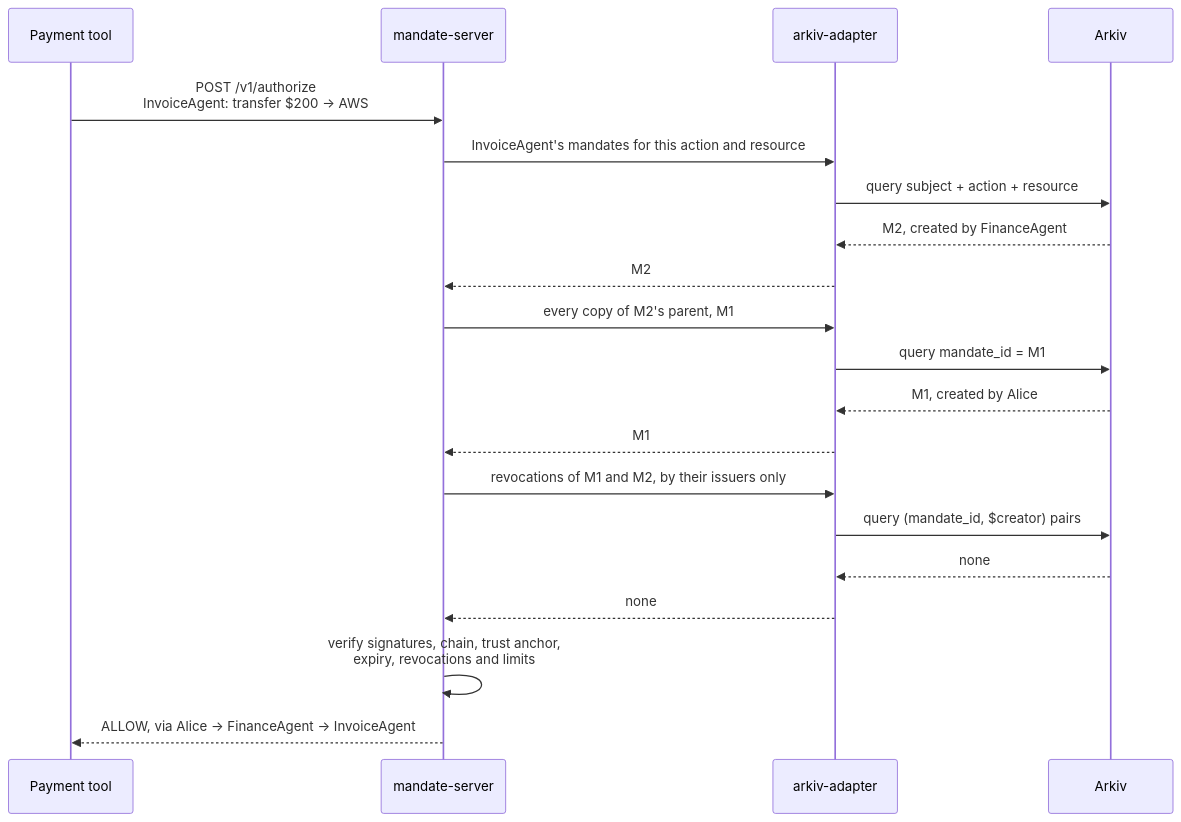
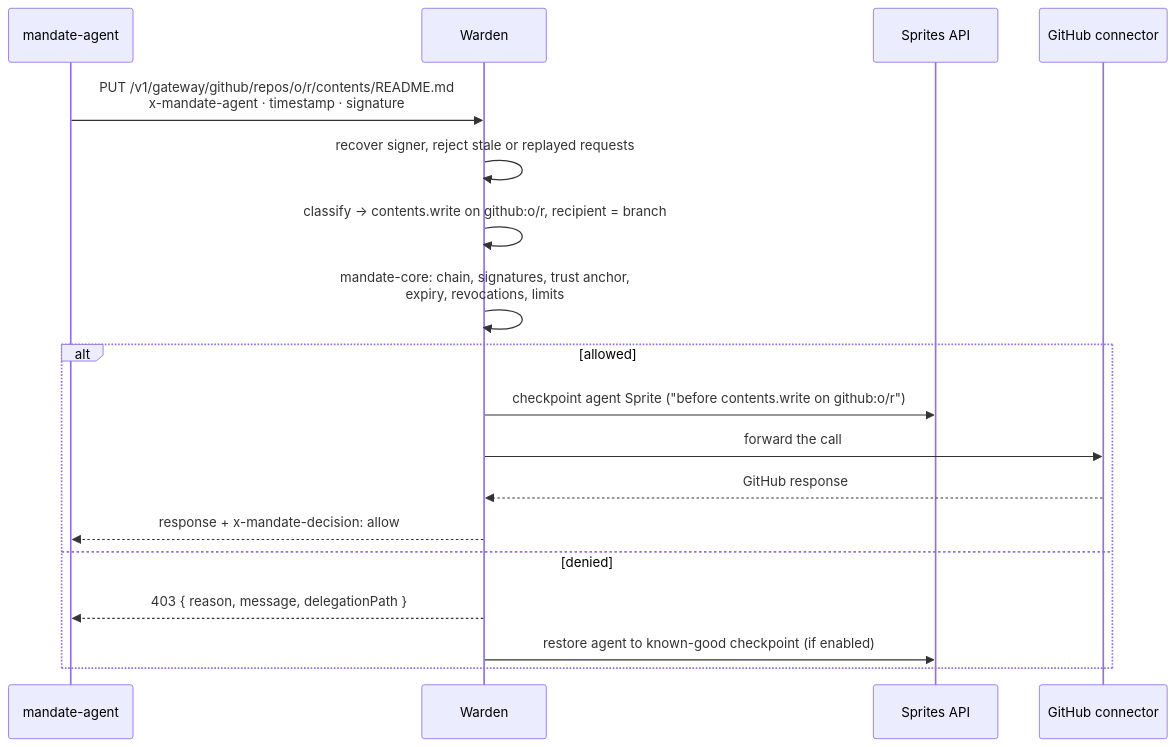
The second of 2 diagrams in docs/architecture.md (1888-Labs/Mandate), drawn with Mermaid before and after one commit. The commit also changed other lines of this file and 10 other files, not shown here.

Commit message:
feat(warden): add live dashboard and rewrite docs for the Fly.io Sprites build

````diff
--- a/docs/architecture.md
+++ b/docs/architecture.md
@@ -30,22 +35,20 @@
 ```mermaid
 sequenceDiagram
-    participant T as Payment tool
-    participant S as mandate-server
-    participant A as arkiv-adapter
-    participant K as Arkiv
-    T->>S: POST /v1/authorize<br/>InvoiceAgent: transfer $200 → AWS
-    S->>A: InvoiceAgent's mandates for this action and resource
-    A->>K: query subject + action + resource
-    K-->>A: M2, created by FinanceAgent
-    A-->>S: M2
-    S->>A: every copy of M2's parent, M1
-    A->>K: query mandate_id = M1
-    K-->>A: M1, created by Alice
-    A-->>S: M1
-    S->>A: revocations of M1 and M2, by their issuers only
-    A->>K: query (mandate_id, $creator) pairs
-    K-->>A: none
-    A-->>S: none
-    S->>S: verify signatures, chain, trust anchor,<br/>expiry, revocations and limits
-    S-->>T: ALLOW, via Alice → FinanceAgent → InvoiceAgent
+    participant A as mandate-agent
+    participant W as Warden
+    participant S as Sprites API
+    participant C as GitHub connector
+    A->>W: PUT /v1/gateway/github/repos/o/r/contents/README.md<br/>x-mandate-agent · timestamp · signature
+    W->>W: recover signer, reject stale or replayed requests
+    W->>W: classify → contents.write on github:o/r, recipient = branch
+    W->>W: mandate-core: chain, signatures, trust anchor,<br/>expiry, revocations, limits
+    alt allowed
+        W->>S: checkpoint agent Sprite ("before contents.write on github:o/r")
+        W->>C: forward the call
+        C-->>W: GitHub response
+        W-->>A: response + x-mandate-decision: allow
+    else denied
+        W-->>A: 403 { reason, message, delegationPath }
+        W->>S: restore agent to known-good checkpoint (if enabled)
+    end
 ```
````
